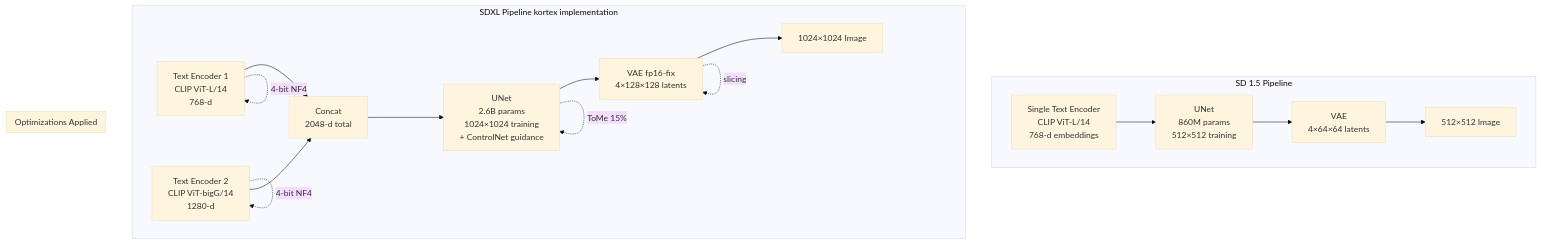
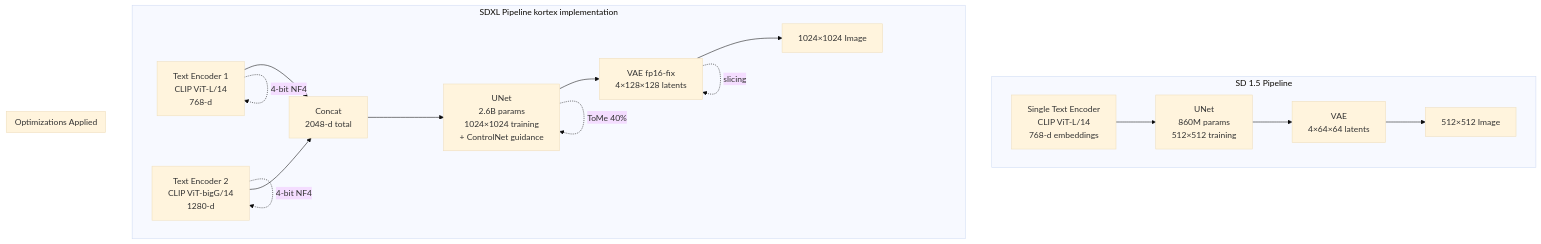
Diagram 20 of 27 in Documentation.md (Abhyu-S/kortex-sdxl), drawn with Mermaid (base theme) before and after one commit. The commit also changed other lines of this file, not shown here.

````diff
--- a/Documentation.md
+++ b/Documentation.md
@@ -1058,24 +917,24 @@
 ```mermaid
 flowchart TB
     subgraph SD 1.5 Pipeline
         T1_15["Single Text Encoder<br/>CLIP ViT-L/14<br/>768-d embeddings"] --> U1_15["UNet<br/>860M params<br/>512×512 training"]
         U1_15 --> V1_15["VAE<br/>4×64×64 latents"]
         V1_15 --> Out1_15["512×512 Image"]
     end
     
     subgraph SDXL Pipeline kortex implementation
         T1_XL["Text Encoder 1<br/>CLIP ViT-L/14<br/>768-d"] --> Concat_XL["Concat<br/>2048-d total"]
         T2_XL["Text Encoder 2<br/>CLIP ViT-bigG/14<br/>1280-d"] --> Concat_XL
         Concat_XL --> U1_XL["UNet<br/>2.6B params<br/>1024×1024 training<br/>+ ControlNet guidance"]
         U1_XL --> V1_XL["VAE fp16-fix<br/>4×128×128 latents"]
         V1_XL --> Out1_XL["1024×1024 Image"]
     end
     
     subgraph Optimizations Applied
         T1_XL -.4-bit NF4.-> T1_XL
         T2_XL -.4-bit NF4.-> T2_XL
         U1_XL -.4-bit NF4.-> U1_XL
-        U1_XL -.ToMe 15%.-> U1_XL
+        U1_XL -.ToMe 40%.-> U1_XL
         V1_XL -.slicing.-> V1_XL
     end
 ```
````
